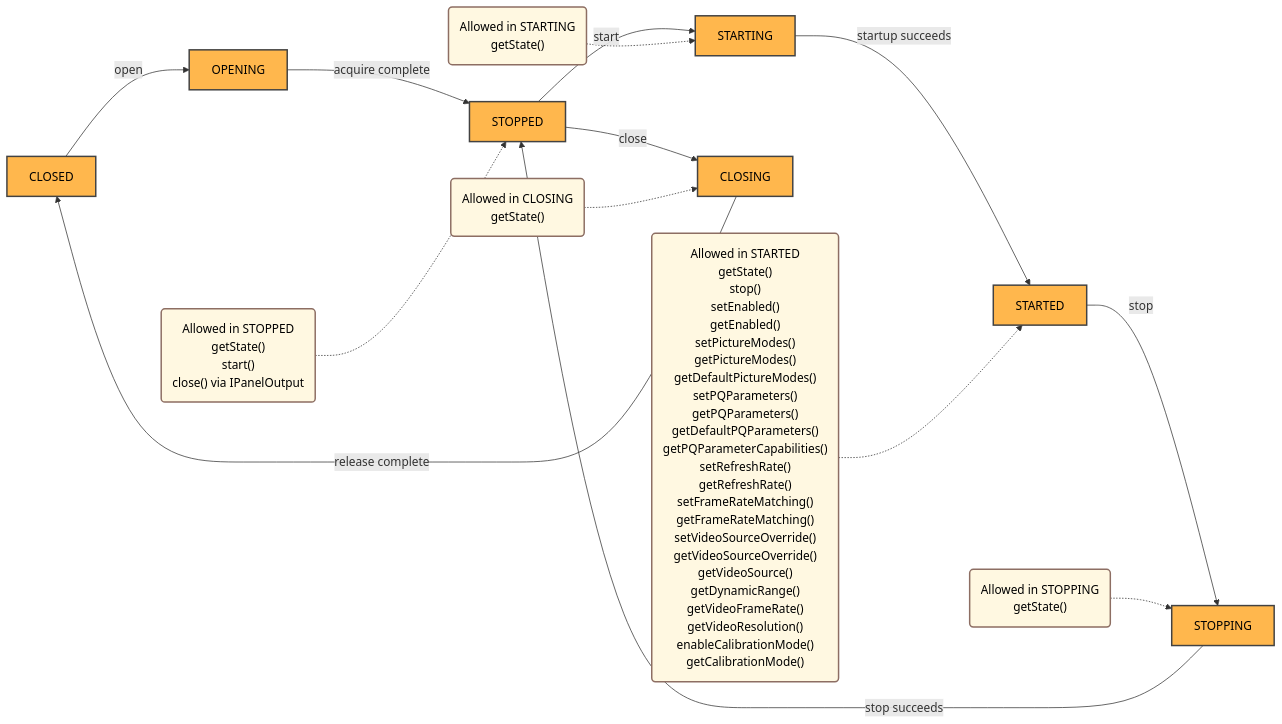
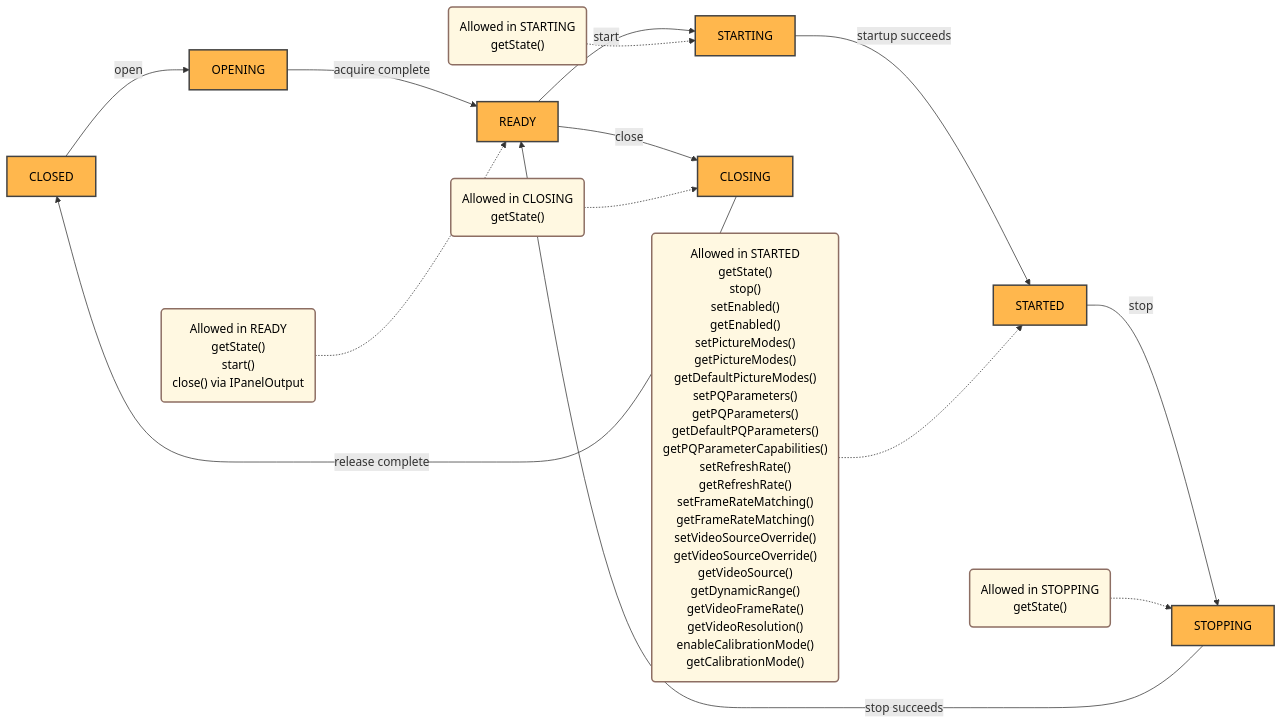
Before and after one commit to rdkcentral/rdk-halif-aidl: the second of 2 diagrams in panel/current/docs/panel.md, drawn with Mermaid. The commit also changed other lines of this file and 4 other files, not shown here.

````diff
--- a/panel/current/docs/panel.md
+++ b/panel/current/docs/panel.md
@@ -284,31 +284,31 @@
 ```mermaid
 flowchart LR
   Closed[CLOSED] -->|open| Opening[OPENING]
-  Opening -->|acquire complete| Stopped[STOPPED]
-  Stopped -->|start| Starting[STARTING]
+  Opening -->|acquire complete| Ready[READY]
+  Ready -->|start| Starting[STARTING]
   Starting -->|startup succeeds| Started[STARTED]
   Started -->|stop| Stopping[STOPPING]
-  Stopping -->|stop succeeds| Stopped
-  Stopped -->|close| Closing[CLOSING]
+  Stopping -->|stop succeeds| Ready
+  Ready -->|close| Closing[CLOSING]
   Closing -->|release complete| Closed
 
-  STOPPED_METHODS("Allowed in STOPPED<br/>getState()<br/>start()<br/>close() via IPanelOutput")
+  READY_METHODS("Allowed in READY<br/>getState()<br/>start()<br/>close() via IPanelOutput")
   STARTING_METHODS("Allowed in STARTING<br/>getState()")
   STARTED_METHODS("Allowed in STARTED<br/>getState()<br/>stop()<br/>setEnabled()<br/>getEnabled()<br/>setPictureModes()<br/>getPictureModes()<br/>getDefaultPictureModes()<br/>setPQParameters()<br/>getPQParameters()<br/>getDefaultPQParameters()<br/>getPQParameterCapabilities()<br/>setRefreshRate()<br/>getRefreshRate()<br/>setFrameRateMatching()<br/>getFrameRateMatching()<br/>setVideoSourceOverride()<br/>getVideoSourceOverride()<br/>getVideoSource()<br/>getDynamicRange()<br/>getVideoFrameRate()<br/>getVideoResolution()<br/>enableCalibrationMode()<br/>getCalibrationMode()")
   STOPPING_METHODS("Allowed in STOPPING<br/>getState()")
   CLOSING_METHODS("Allowed in CLOSING<br/>getState()")
 
-  STOPPED_METHODS -.-> Stopped
+  READY_METHODS -.-> Ready
   STARTING_METHODS -.-> Starting
   STARTED_METHODS -.-> Started
   STOPPING_METHODS -.-> Stopping
   CLOSING_METHODS -.-> Closing
 
   classDef state fill:#FFB74D,stroke:#424242,stroke-width:2px,color:#000000;
   classDef methods fill:#FFF8E1,stroke:#8D6E63,stroke-width:2px,color:#000000;
   classDef entry fill:#1565C0,stroke:#E0E0E0,stroke-width:2px,color:#E0E0E0;
   classDef returned fill:#BBDEFB,stroke:#1565C0,stroke-width:2px,color:#000000;
 
-  class Closed,Opening,Stopped,Starting,Started,Stopping,Closing state;
-  class STOPPED_METHODS,STARTING_METHODS,STARTED_METHODS,STOPPING_METHODS,CLOSING_METHODS methods;
+  class Closed,Opening,Ready,Starting,Started,Stopping,Closing state;
+  class READY_METHODS,STARTING_METHODS,STARTED_METHODS,STOPPING_METHODS,CLOSING_METHODS methods;
 ```
````
